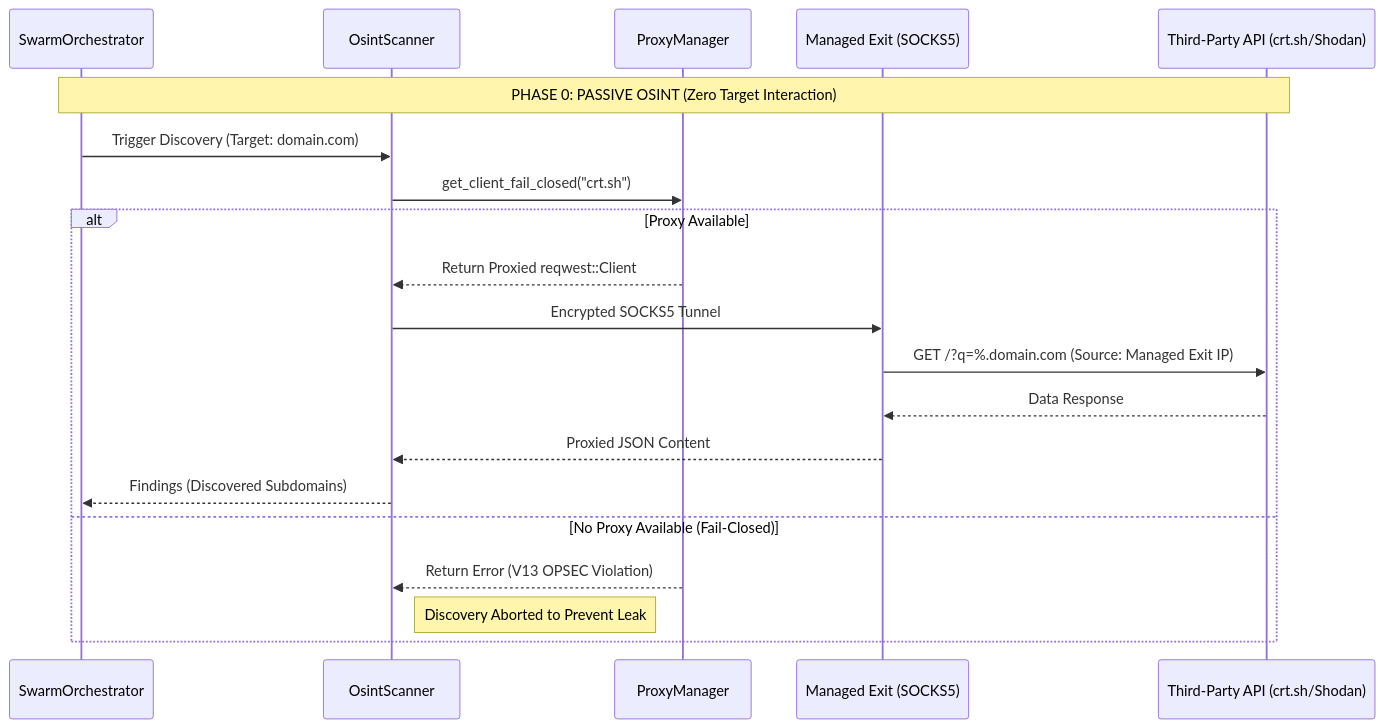
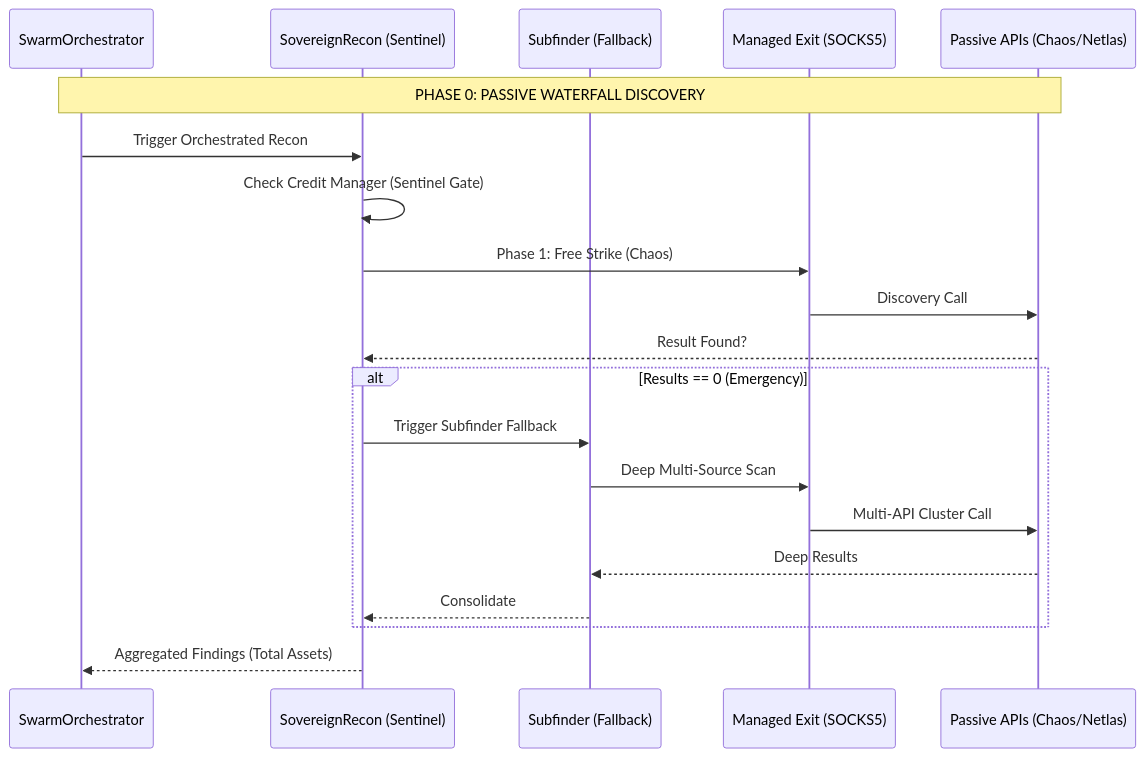
One commit to kripiman/OsintUltimate changed the second of 7 diagrams in redteam_rust_core/docs/SOVEREIGN_SYSTEMS.md. Above: the diagram before and after it, drawn with Mermaid. The commit also changed other lines of this file and 6 other files, not shown here.

Commit message:
feat: implement multi-phase Sovereign Recon discovery with Wayback/HackerTarget integration and automated Subfinder fallback.

````diff
--- a/redteam_rust_core/docs/SOVEREIGN_SYSTEMS.md
+++ b/redteam_rust_core/docs/SOVEREIGN_SYSTEMS.md
@@ -81,25 +86,27 @@
 ```mermaid
 sequenceDiagram
     participant SO as SwarmOrchestrator
-    participant OS as OsintScanner
-    participant PM as ProxyManager
+    participant SN as SovereignRecon (Sentinel)
+    participant ST as Subfinder (Fallback)
     participant ME as Managed Exit (SOCKS5)
-    participant API as Third-Party API (crt.sh/Shodan)
+    participant API as Passive APIs (Chaos/Netlas)
 
-    Note over SO, API: PHASE 0: PASSIVE OSINT (Zero Target Interaction)
+    Note over SO, API: PHASE 0: PASSIVE WATERFALL DISCOVERY
 
-    SO->>OS: Trigger Discovery (Target: domain.com)
-    OS->>PM: get_client_fail_closed("crt.sh")
+    SO->>SN: Trigger Orchestrated Recon
+    SN->>SN: Check Credit Manager (Sentinel Gate)
     
-    alt Proxy Available
-        PM-->>OS: Return Proxied reqwest::Client
-        OS->>ME: Encrypted SOCKS5 Tunnel
-        ME->>API: GET /?q=%.domain.com (Source: Managed Exit IP)
-        API-->>ME: Data Response
-        ME-->>OS: Proxied JSON Content
-        OS-->>SO: Findings (Discovered Subdomains)
-    else No Proxy Available (Fail-Closed)
-        PM-->>OS: Return Error (V13 OPSEC Violation)
-        Note right of OS: Discovery Aborted to Prevent Leak
+    SN->>ME: Phase 1: Free Strike (Chaos)
+    ME->>API: Discovery Call
+    API-->>SN: Result Found?
+    
+    alt Results == 0 (Emergency)
+        SN->>ST: Trigger Subfinder Fallback
+        ST->>ME: Deep Multi-Source Scan
+        ME->>API: Multi-API Cluster Call
+        API-->>ST: Deep Results
+        ST-->>SN: Consolidate
     end
+
+    SN-->>SO: Aggregated Findings (Total Assets)
 ```
````
